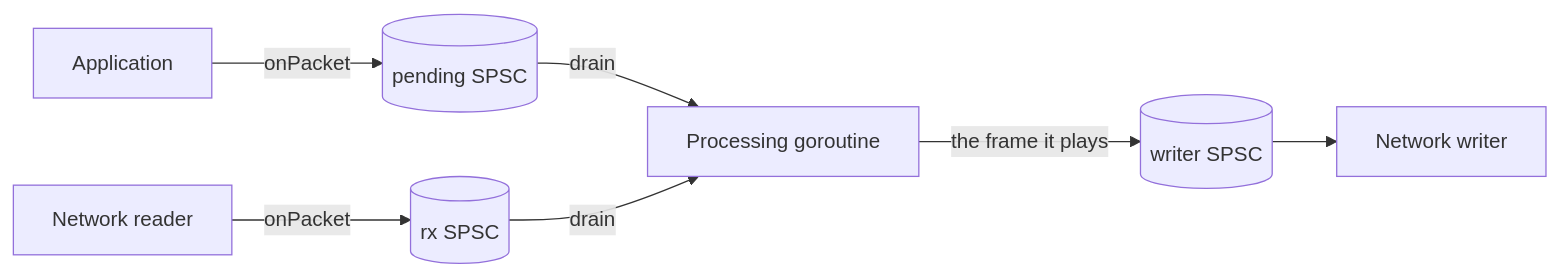
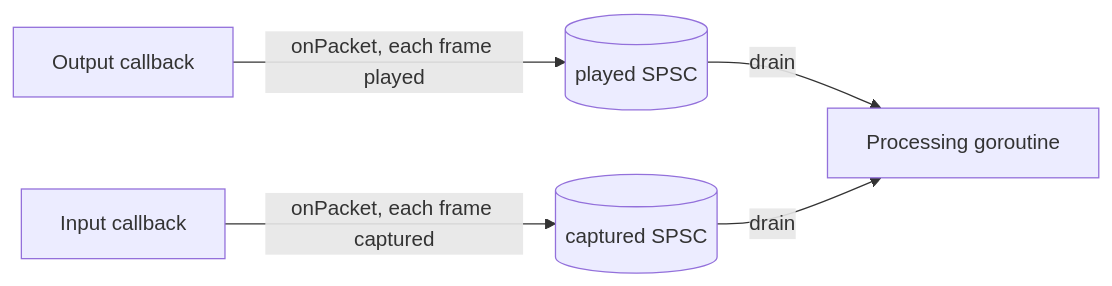
Before and after one commit to danieldonoghue/govoip-dsp: the second of 2 diagrams in docs/usage.md, drawn with Mermaid. The commit also changed other lines of this file and 3 other files, not shown here.

````diff
--- a/docs/usage.md
+++ b/docs/usage.md
@@ -481,9 +440,7 @@
 ```mermaid
 flowchart LR
-  app[Application] -- onPacket --> pend[(pending SPSC)]
-  rd[Network reader] -- onPacket --> rx[(rx SPSC)]
-  pend -- drain --> proc[Processing goroutine]
+  out[Output callback] -- onPacket, each frame played --> sent[(played SPSC)]
+  in[Input callback] -- onPacket, each frame captured --> rx[(captured SPSC)]
+  sent -- drain --> proc[Processing goroutine]
   rx -- drain --> proc
-  proc -- the frame it plays --> tow[(writer SPSC)]
-  tow --> wr[Network writer]
 ```
````
